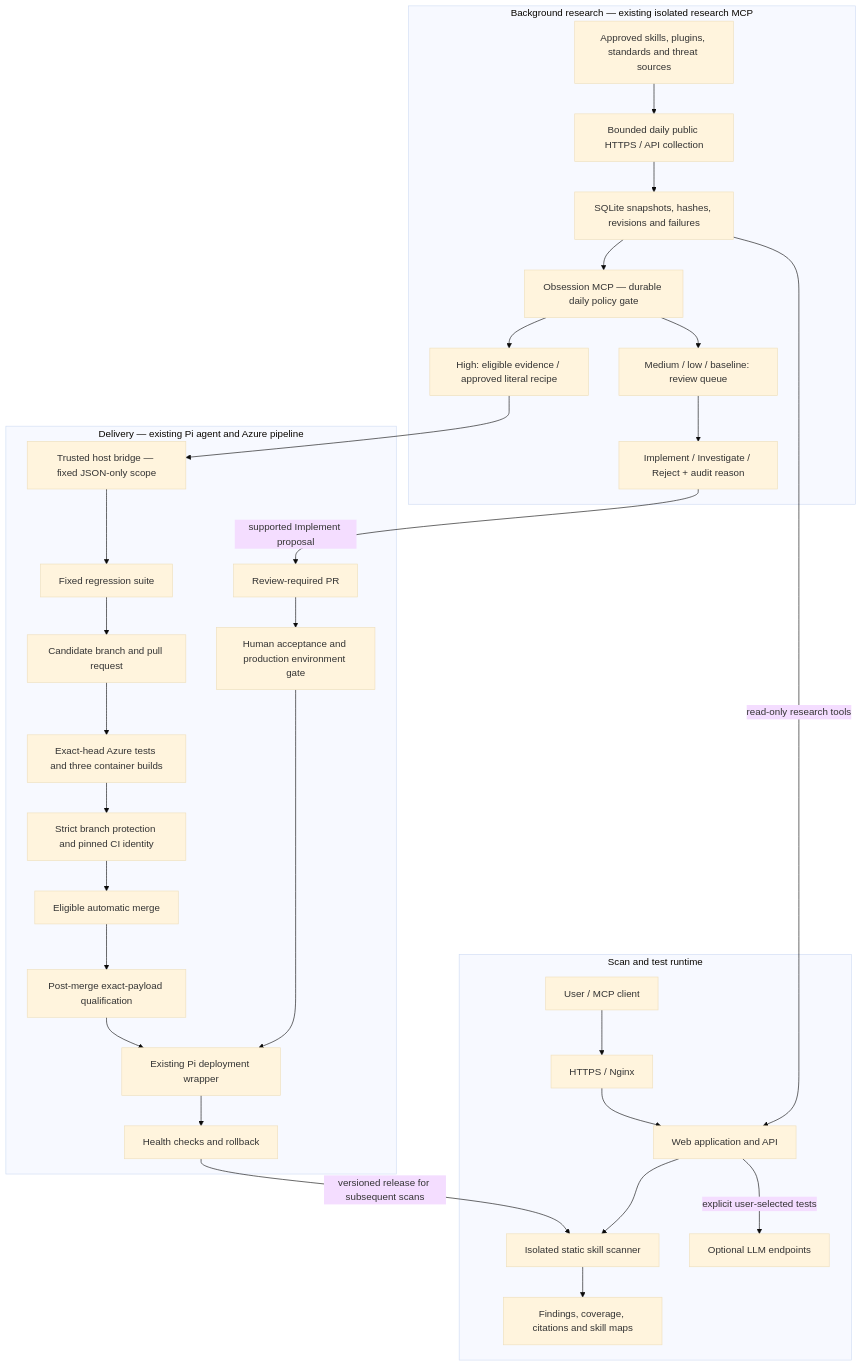
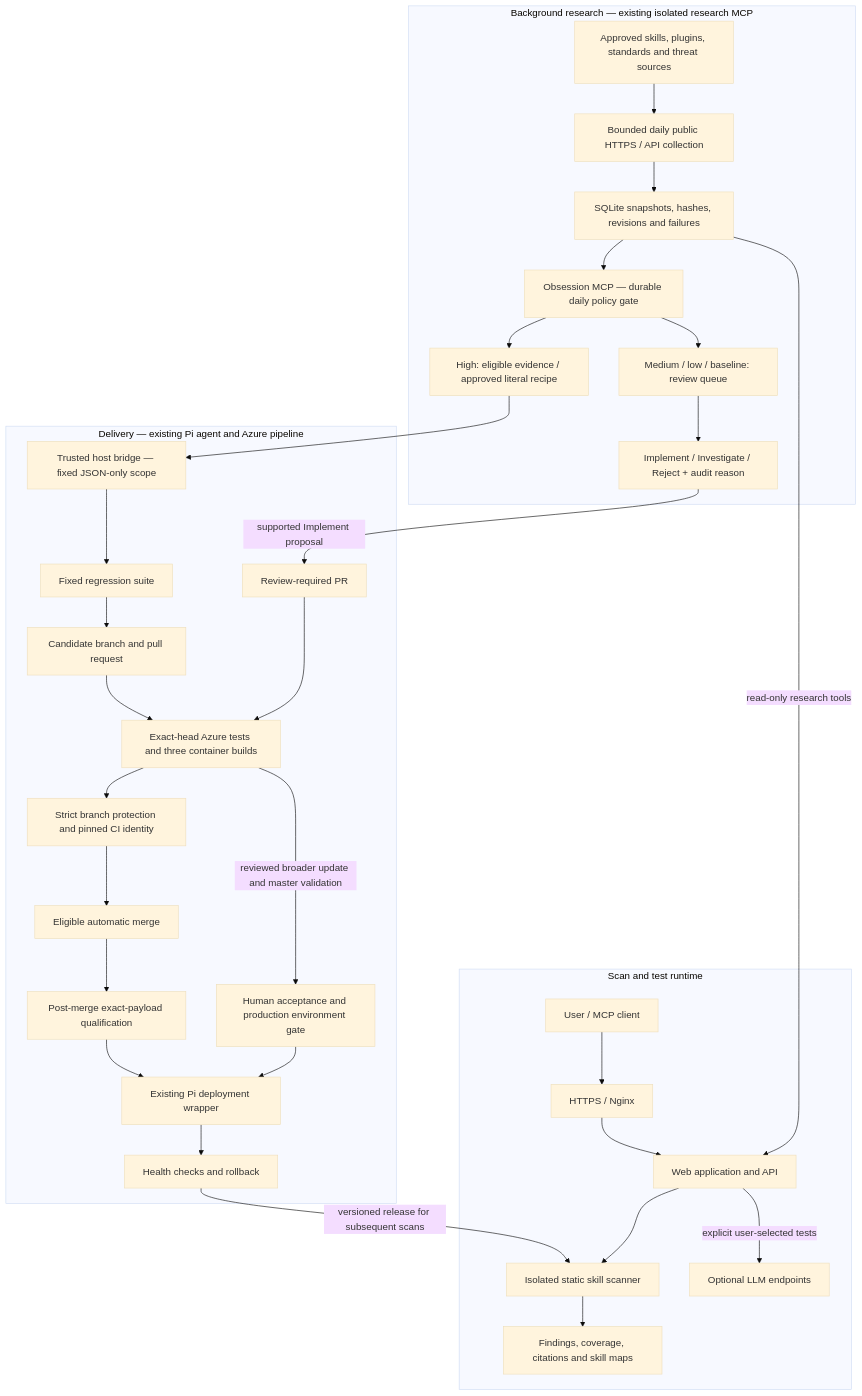
One commit to Mr-GraphnStaff/Injecticide changed the diagram in docs/architecture/injecticide-0-14.md. Above: the diagram before and after it, drawn with Mermaid (base theme).

Commit message:
Clarify shared CI gates in architecture diagram

````diff
--- a/docs/architecture/injecticide-0-14.md
+++ b/docs/architecture/injecticide-0-14.md
@@ -6,35 +6,36 @@
 ```mermaid
 flowchart TB
     subgraph runtime[Scan and test runtime]
         User[User / MCP client] --> Proxy[HTTPS / Nginx]
         Proxy --> Web[Web application and API]
         Web --> Sandbox[Isolated static skill scanner]
         Sandbox --> Reports[Findings, coverage, citations and skill maps]
         Web -->|explicit user-selected tests| Models[Optional LLM endpoints]
     end
     subgraph research[Background research — existing isolated research MCP]
         Sources[Approved skills, plugins, standards and threat sources]
         Sources --> Collector[Bounded daily public HTTPS / API collection]
         Collector --> Catalog[SQLite snapshots, hashes, revisions and failures]
         Catalog --> Obsession[Obsession MCP — durable daily policy gate]
         Obsession --> High[High: eligible evidence / approved literal recipe]
         Obsession --> Review[Medium / low / baseline: review queue]
         Review --> Decisions[Implement / Investigate / Reject + audit reason]
     end
     Catalog -->|read-only research tools| Web
     subgraph delivery[Delivery — existing Pi agent and Azure pipeline]
         High --> Bridge[Trusted host bridge — fixed JSON-only scope]
         Bridge --> Tests[Fixed regression suite]
         Tests --> PR[Candidate branch and pull request]
         PR --> CI[Exact-head Azure tests and three container builds]
         CI --> Protection[Strict branch protection and pinned CI identity]
         Protection --> Merge[Eligible automatic merge]
         Merge --> Qualify[Post-merge exact-payload qualification]
         Qualify --> Deploy[Existing Pi deployment wrapper]
         Deploy --> Health[Health checks and rollback]
         Decisions -->|supported Implement proposal| HumanPR[Review-required PR]
-        HumanPR --> Human[Human acceptance and production environment gate]
+        HumanPR --> CI
+        CI -->|reviewed broader update and master validation| Human[Human acceptance and production environment gate]
         Human --> Deploy
     end
     Health -->|versioned release for subsequent scans| Sandbox
 ```
````
